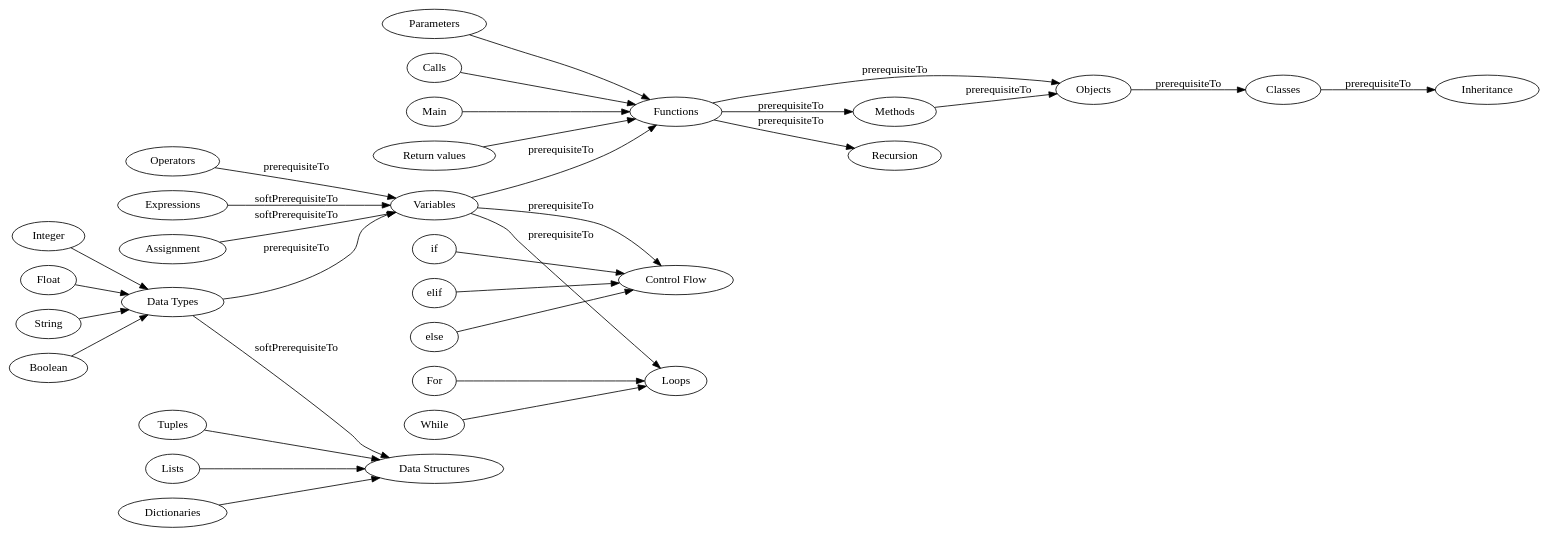
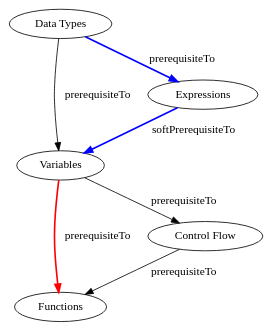
One commit to ezrichards/concept-graph changed the diagram in graphviz/FunctionsSequence1.dot. Above: the diagram before and after it, drawn with Graphviz. The commit also changed 4 other files, not shown here.

Commit message:
Add function sequence permutations

```diff
--- a/graphviz/FunctionsSequence1.dot
+++ b/graphviz/FunctionsSequence1.dot
@@ -1,53 +1,32 @@
 digraph {
-   rankdir=LR;
-
-   # data types
-   "Integer" -> "Data Types";
-   "Float" -> "Data Types";
-   "String" -> "Data Types";
-   "Boolean" -> "Data Types";
+   # rankdir=LR;
 
    # nodes into variables
    "Data Types" -> "Variables" [ label="prerequisiteTo" ];
-   "Operators" -> "Variables" [ label="prerequisiteTo" ];
-   "Expressions" -> "Variables" [ label="softPrerequisiteTo" ];
-   "Assignment" -> "Variables" [ label="softPrerequisiteTo" ];
+   "Data Types" -> "Expressions" [ label="prerequisiteTo",color=blue,penwidth=2.0 ];
+   "Expressions" -> "Variables" [ label="softPrerequisiteTo",color=blue,penwidth=2.0 ];
 
    # nodes away from variables
-   "Variables" -> "Functions" [ label="prerequisiteTo" ];
+   "Variables" -> "Functions" [ label="prerequisiteTo",color=red,penwidth=2.0 ];
    "Variables" -> "Control Flow" [ label="prerequisiteTo" ];
-   "Variables" -> "Loops" [ label="prerequisiteTo" ];
+   "Control Flow" -> "Functions" [ label="prerequisiteTo" ];
    
-   # functions
-   "Functions" -> "Objects" [ label="prerequisiteTo" ];
-   "Functions" -> "Recursion" [ label="prerequisiteTo" ];
-   "Functions" -> "Methods" [ label="prerequisiteTo" ];
-   
-   "Methods" -> "Objects" [ label="prerequisiteTo" ];
+   ### ignoring children because we don't have enough space
+
+   # data types children
+   #"Integer" -> "Data Types";
+   #"Float" -> "Data Types";
+   #"String" -> "Data Types";
+   #"Boolean" -> "Data Types";
 
    # functions children
-   "Return values" -> "Functions";
-   "Parameters" -> "Functions";
-   "Calls" -> "Functions";
-   "Main" -> "Functions";
-
-   # loops children
-   "While" -> "Loops"
-   "For" -> "Loops"
+   #"Return values" -> "Functions";
+   #"Parameters" -> "Functions";
+   #"Calls" -> "Functions";
+   #"Main" -> "Functions";
 
    # control flow children
-   "if" -> "Control Flow"
-   "elif" -> "Control Flow"
-   "else" -> "Control Flow"
-
-   # objects & classes
-   "Objects" -> "Classes" [ label="prerequisiteTo" ];
-   "Classes" -> "Inheritance" [ label="prerequisiteTo" ];
-   
-   # data structures
-   "Lists" -> "Data Structures"
-   "Dictionaries" -> "Data Structures"
-   "Tuples" -> "Data Structures"
-
-   "Data Types" -> "Data Structures" [ label="softPrerequisiteTo" ];
+   #"if" -> "Control Flow"
+   #"elif" -> "Control Flow"
+   #"else" -> "Control Flow"
 }
```
